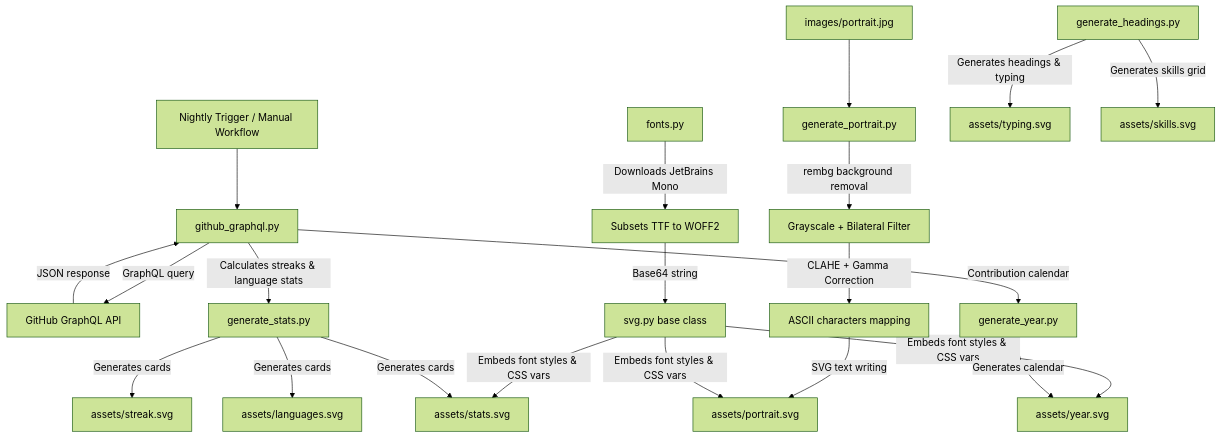
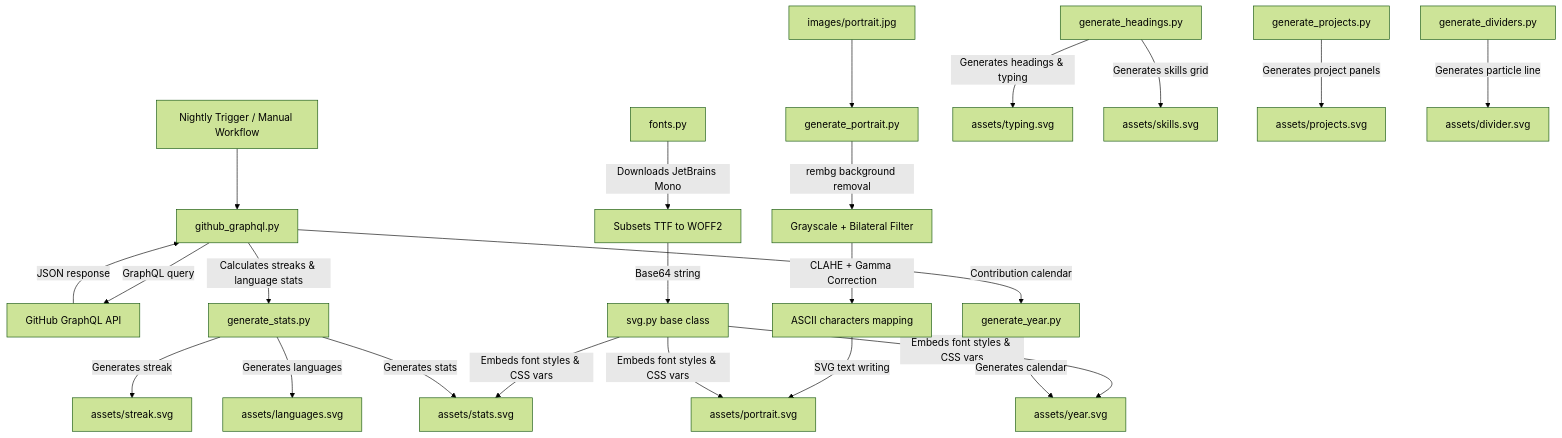
Before and after one commit to electroapex/electroapex: the diagram in DOCUMENTATION.md, drawn with Mermaid (forest theme). The commit also changed other lines of this file and 24 other files, not shown here.

````diff
--- a/DOCUMENTATION.md
+++ b/DOCUMENTATION.md
@@ -158,26 +156,29 @@
 ```mermaid
 graph TD
     A[Nightly Trigger / Manual Workflow] --> B[github_graphql.py]
     B -->|GraphQL query| C[GitHub GraphQL API]
     C -->|JSON response| B
     B -->|Calculates streaks & language stats| D[generate_stats.py]
     B -->|Contribution calendar| E[generate_year.py]
     
     F[images/portrait.jpg] --> G[generate_portrait.py]
     G -->|rembg background removal| H[Grayscale + Bilateral Filter]
     H -->|CLAHE + Gamma Correction| I[ASCII characters mapping]
     I -->|SVG text writing| J[assets/portrait.svg]
     
     K[fonts.py] -->|Downloads JetBrains Mono| L[Subsets TTF to WOFF2]
     L -->|Base64 string| M[svg.py base class]
     M -->|Embeds font styles & CSS vars| J
     M -->|Embeds font styles & CSS vars| N[assets/stats.svg]
     M -->|Embeds font styles & CSS vars| O[assets/year.svg]
     
-    D -->|Generates cards| N
-    D -->|Generates cards| P[assets/streak.svg]
-    D -->|Generates cards| Q[assets/languages.svg]
+    D -->|Generates stats| N
+    D -->|Generates streak| P[assets/streak.svg]
+    D -->|Generates languages| Q[assets/languages.svg]
     E -->|Generates calendar| O
     R[generate_headings.py] -->|Generates headings & typing| S[assets/typing.svg]
     R -->|Generates skills grid| T[assets/skills.svg]
+    
+    U[generate_projects.py] -->|Generates project panels| V[assets/projects.svg]
+    W[generate_dividers.py] -->|Generates particle line| X[assets/divider.svg]
 ```
````
